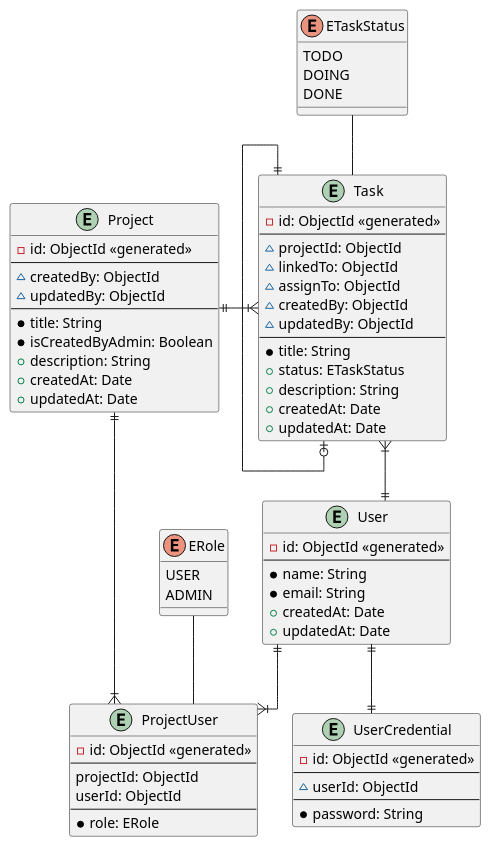
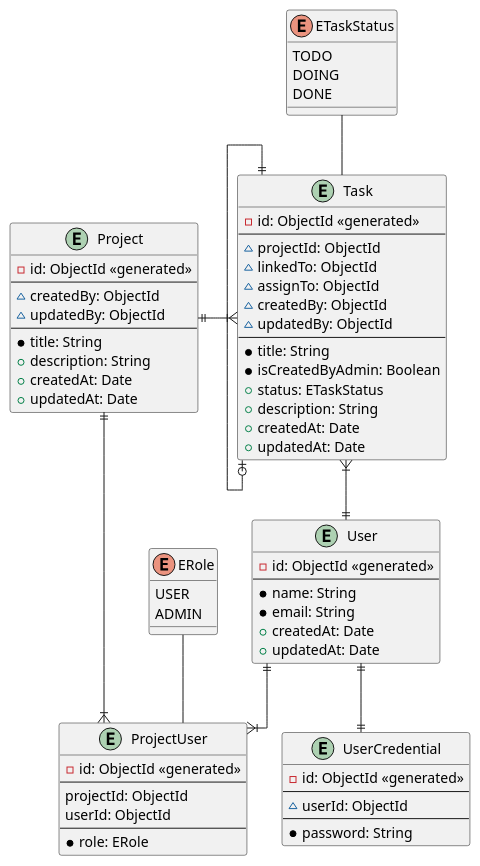
The diagram in backend/docs/entity/erd.plantuml (thang0206/OnBoard-training), drawn with PlantUML before and after one commit. The commit also changed other lines of this file and 15 other files, not shown here.

```diff
--- a/backend/docs/entity/erd.plantuml
+++ b/backend/docs/entity/erd.plantuml
@@ -1,80 +1,80 @@
 @startuml TODO
 
 skinparam linetype ortho
 
 entity User {
     -id: ObjectId <<generated>>
     --
     *name: String
     *email: String
     +createdAt: Date
     +updatedAt: Date
 }
 
 entity Task {
     -id: ObjectId <<generated>>
     --
     ~projectId: ObjectId
     ~linkedTo: ObjectId
     ~assignTo: ObjectId
     ~createdBy: ObjectId
     ~updatedBy: ObjectId
     --
     *title: String
+    *isCreatedByAdmin: Boolean
     +status: ETaskStatus
     +description: String
     +createdAt: Date
     +updatedAt: Date
 }
 
 entity Project {
     -id: ObjectId <<generated>>
     --
     ~createdBy: ObjectId
     ~updatedBy: ObjectId
     --
     *title: String
-    *isCreatedByAdmin: Boolean
     +description: String
     +createdAt: Date
     +updatedAt: Date
 }
 
 entity ProjectUser {
     -id: ObjectId <<generated>>
     --
     projectId: ObjectId
     userId: ObjectId
     --
     *role: ERole
 }
 
 entity UserCredential {
     -id: ObjectId <<generated>>
     --
     ~userId: ObjectId
     --
     *password: String
 }
 
 enum ERole {
     USER
     ADMIN
 }
 
 enum ETaskStatus {
     TODO
     DOING
     DONE
 }
 
 Task }|--|| User
 Task ||--o| Task
 Project ||-|{ Task
 Project ||--|{ ProjectUser
 User ||--|{ ProjectUser
 User ||--|| UserCredential
 ETaskStatus -- Task
 ERole -- ProjectUser
 
 @enduml
```
